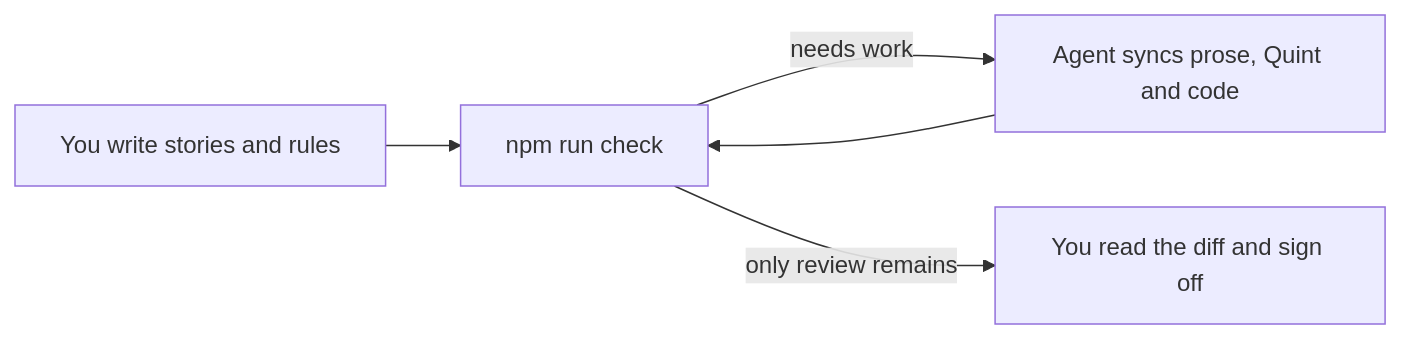
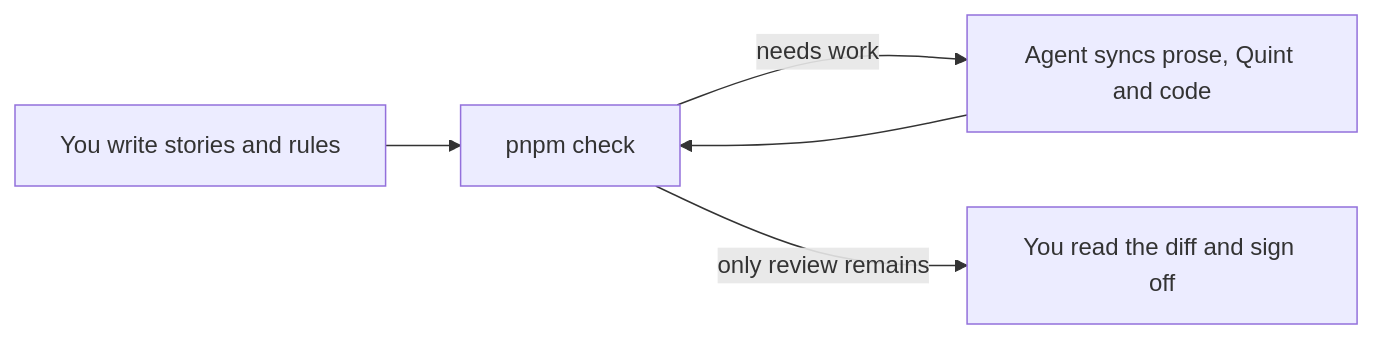
One commit to lalalune/vibespec-starter changed the second of 2 diagrams in README.md. Above: the diagram before and after it, drawn with Mermaid. The commit also changed other lines of this file and 35 other files, not shown here.

````diff
--- a/README.md
+++ b/README.md
@@ -197,7 +142,7 @@
 ```mermaid
 flowchart LR
-  edit["You write stories and rules"] --> check["npm run check"]
+  edit["You write stories and rules"] --> check["pnpm check"]
   check -- "needs work" --> agent["Agent syncs prose, Quint and code"]
   agent --> check
   check -- "only review remains" --> accept["You read the diff and sign off"]
 ```
````
